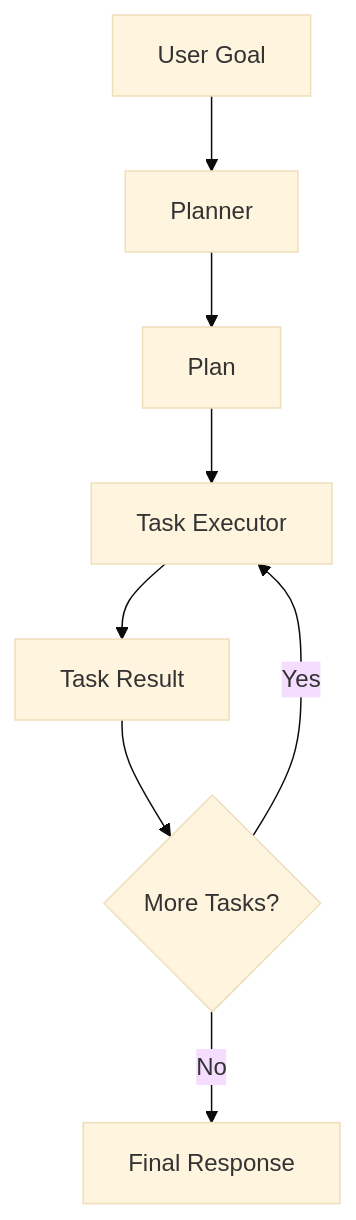
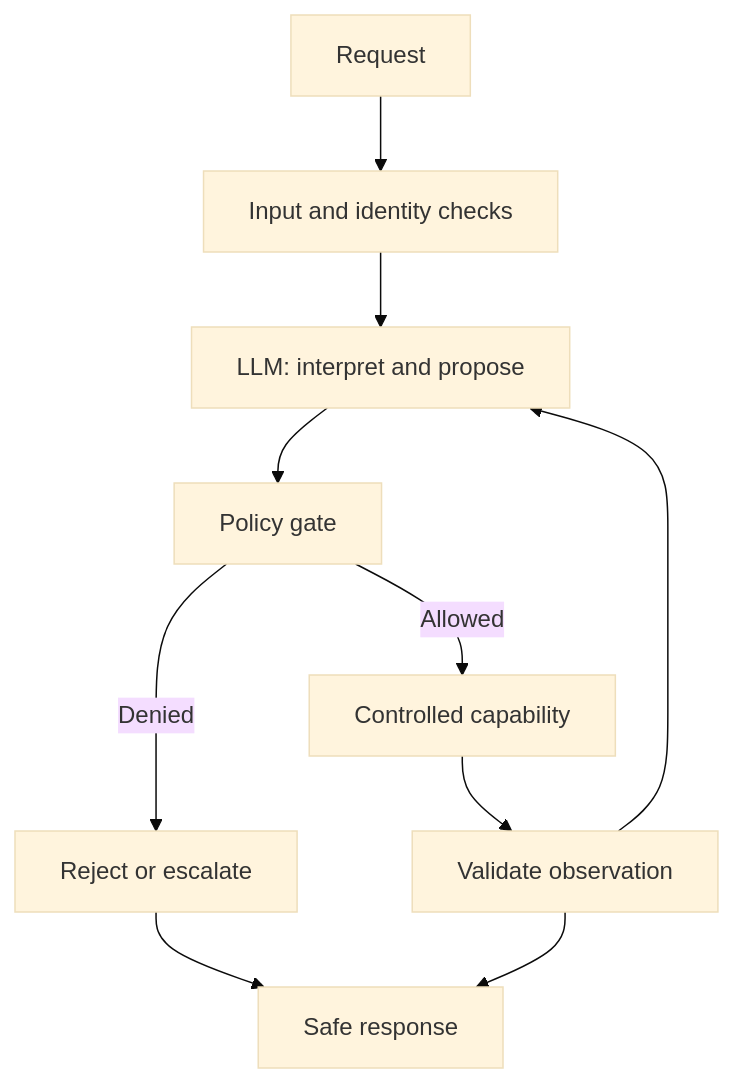
The third of 8 diagrams in docs/08-ai-engineering-frameworks/langgraph/18-graph-based-agent-architecture.md (MihirKJha/enterprise-ai-engineering-handbook), drawn with Mermaid (base theme) before and after one commit. The commit also changed other lines of this file and 10 other files, not shown here.

````diff
--- a/docs/08-ai-engineering-frameworks/langgraph/18-graph-based-agent-architecture.md
+++ b/docs/08-ai-engineering-frameworks/langgraph/18-graph-based-agent-architecture.md
@@ -651,17 +102,12 @@
 ```mermaid
 flowchart TD
-
-    A[User Goal] --> B[Planner]
-
-    B --> C[Plan]
-
-    C --> D[Task Executor]
-
-    D --> E[Task Result]
-
-    E --> F{More Tasks?}
-
-    F -->|Yes| D
-
-    F -->|No| G[Final Response]
+    U[Request] --> V[Input and identity checks]
+    V --> L[LLM: interpret and propose]
+    L --> P[Policy gate]
+    P -->|Allowed| T[Controlled capability]
+    P -->|Denied| R[Reject or escalate]
+    T --> O[Validate observation]
+    O --> L
+    R --> F[Safe response]
+    O --> F
 ```
````
